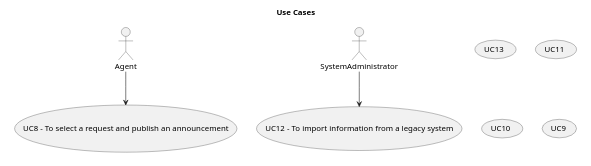
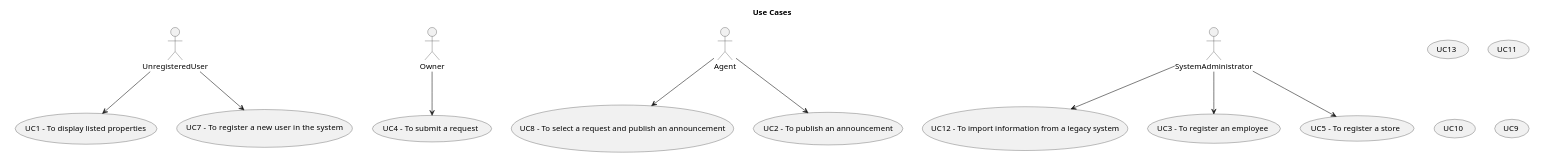
The diagram in docs/Sprint-C/global-artifacts/01.requirements-engineering/puml/use-case-diagram.puml (Rodrick0209/ISEP-LAPR2-22-23), drawn with PlantUML before and after one commit. The commit also changed 3 other files, not shown here.

Commit message:
global dommain model srpint c and b updated fixed all past mistakes ( took out company ,store, user,controllers) still needs imrpovement . global use case diagram updated

```diff
--- a/docs/Sprint-C/global-artifacts/01.requirements-engineering/puml/use-case-diagram.puml
+++ b/docs/Sprint-C/global-artifacts/01.requirements-engineering/puml/use-case-diagram.puml
@@ -1,26 +1,39 @@
 @startuml
 'skinparam monochrome true
 skinparam packageStyle rectangle
 'skinparam shadowing false
 
 skinparam rectangle{
     BorderColor white
 }
 
 'title Use Case Diagram Example
 
 top to bottom direction
 
 rectangle "Use Cases" as usecases{
     usecase "UC13" as UC13
     usecase "UC12 - To import information from a legacy system" as UC12
     SystemAdministrator--> UC12
     usecase "UC11" as UC11
     usecase "UC10" as UC10
     usecase "UC9" as UC9
     usecase "UC8 - To select a request and publish an announcement" as UC8
     Agent--> UC8
+    usecase "UC4 - To submit a request" as UC4
+        Owner --> UC4
+        usecase "UC3 - To register an employee" as UC3
+        SystemAdministrator --> UC3
+        usecase "UC5 - To register a store" as UC5
+        SystemAdministrator --> UC5
+        usecase "UC2 - To publish an announcement" as UC2
+        Agent --> UC2
+        usecase "UC1 - To display listed properties" as UC1
+        UnregisteredUser --> UC1
+        usecase "UC7 -  To register a new user in the system" as UC7
+          UnregisteredUser --> UC7
+
  }
 
 
 @enduml
```
